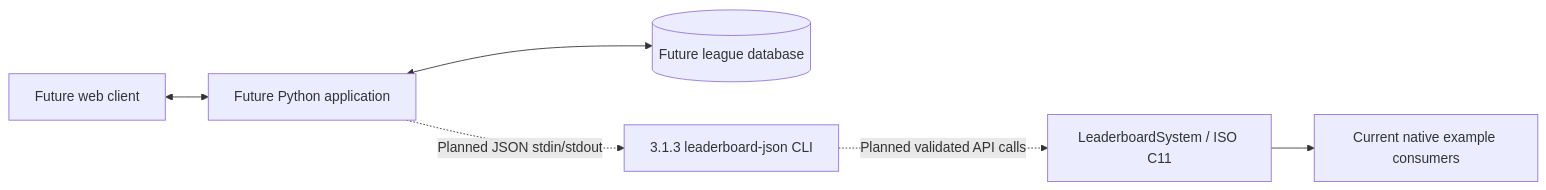
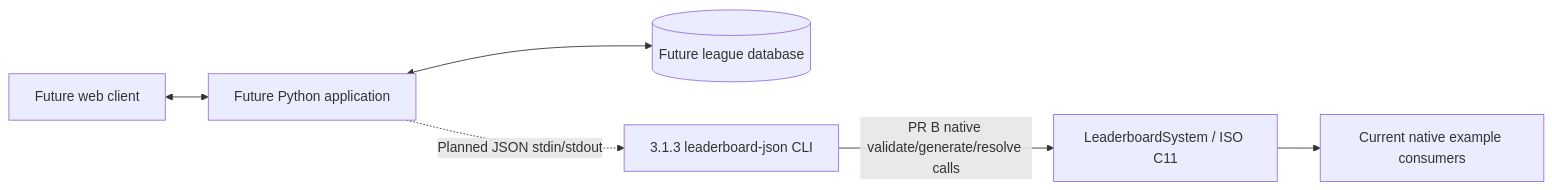
One commit to AlessVolpe/CentralRankingDogma changed the diagram in docs/architecture/system.md. Above: the diagram before and after it, drawn with Mermaid. The commit also changed other lines of this file and 8 other files, not shown here.

Commit message:
feat(integration): implement native JSON CLI and season transport (#25)

````diff
--- a/docs/architecture/system.md
+++ b/docs/architecture/system.md
@@ -5,8 +5,8 @@
 ```mermaid
 flowchart LR
     UI["Future web client"] <--> PY["Future Python application"]
     PY <--> DB[(Future league database)]
     PY -.->|Planned JSON stdin/stdout| TRANSPORT["3.1.3 leaderboard-json CLI"]
-    TRANSPORT -.->|Planned validated API calls| C["LeaderboardSystem / ISO C11"]
+    TRANSPORT -->|PR B native validate/generate/resolve calls| C["LeaderboardSystem / ISO C11"]
     C --> CLI["Current native example consumers"]
 ```
````
